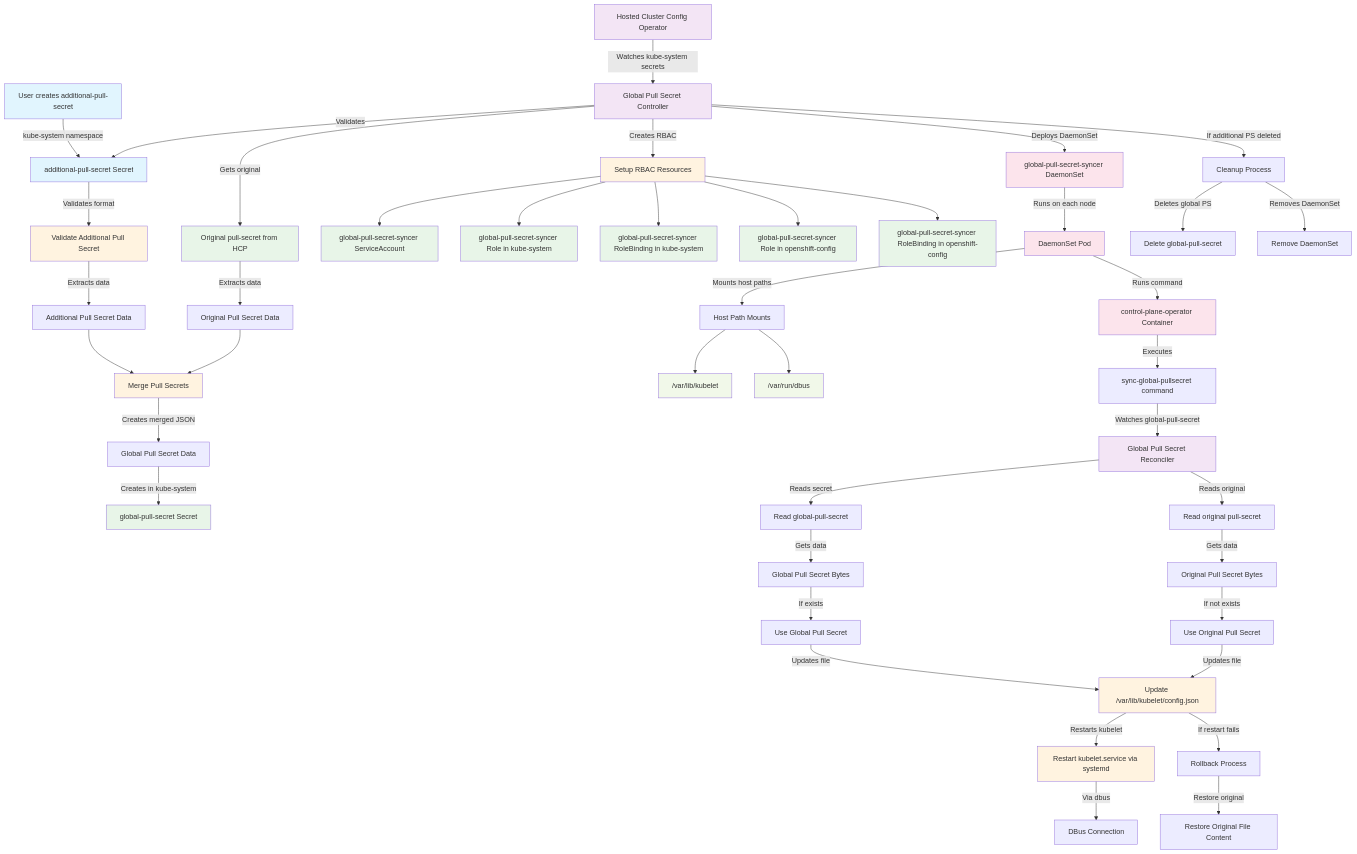
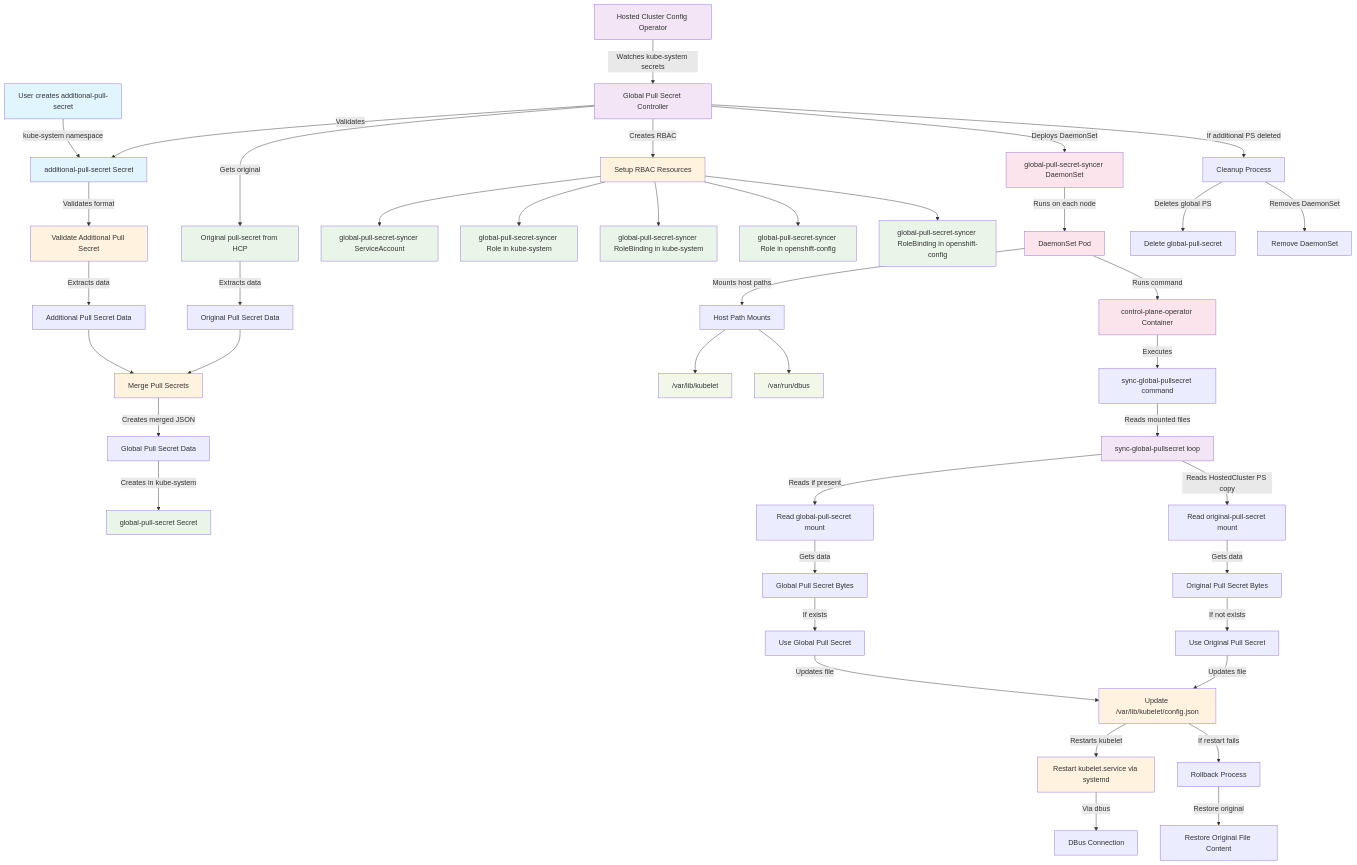
The diagram in docs/content/how-to/common/global-pull-secret.md (openshift/hypershift), drawn with Mermaid before and after one commit. The commit also changed other lines of this file and 6 other files, not shown here.

First line of the commit message:
fix(globalps): schedule global-pull-secret-syncer on karpenter nodes

```diff
--- a/docs/content/how-to/common/global-pull-secret.md
+++ b/docs/content/how-to/common/global-pull-secret.md
@@ -255,9 +271,9 @@
     Container --> |Executes| SyncCommand[sync-global-pullsecret command]
 
     %% Sync Process
-    SyncCommand --> |Watches global-pull-secret| SyncController[Global Pull Secret Reconciler]
-    SyncController --> |Reads secret| ReadGlobalPS[Read global-pull-secret]
-    SyncController --> |Reads original| ReadOriginalPS[Read original pull-secret]
+    SyncCommand --> |Reads mounted files| SyncController[sync-global-pullsecret loop]
+    SyncController --> |Reads if present| ReadGlobalPS[Read global-pull-secret mount]
+    SyncController --> |Reads HostedCluster PS copy| ReadOriginalPS[Read original-pull-secret mount]
 
     %% File Update Process
     ReadGlobalPS --> |Gets data| GlobalPSBytes[Global Pull Secret Bytes]
```
